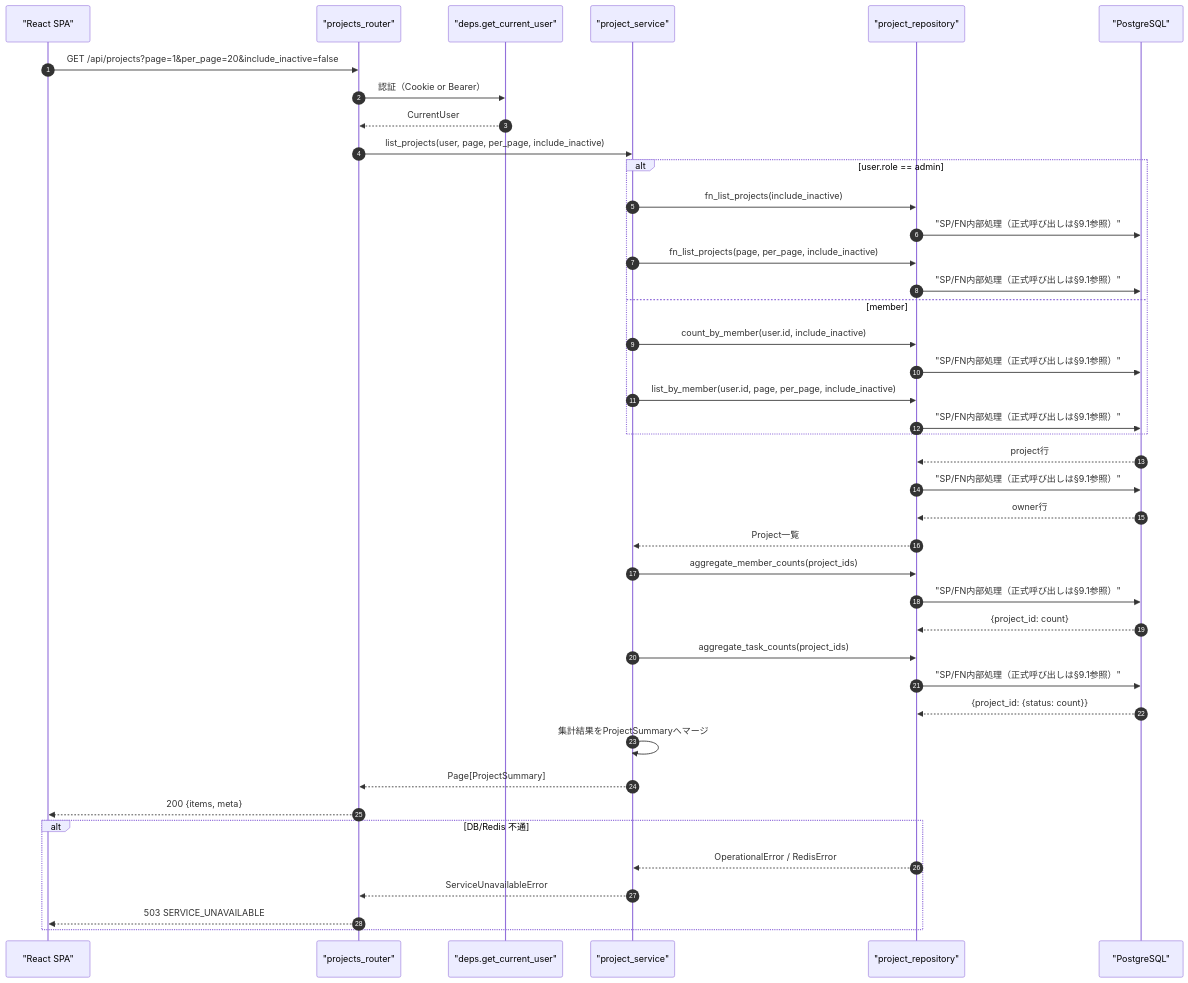
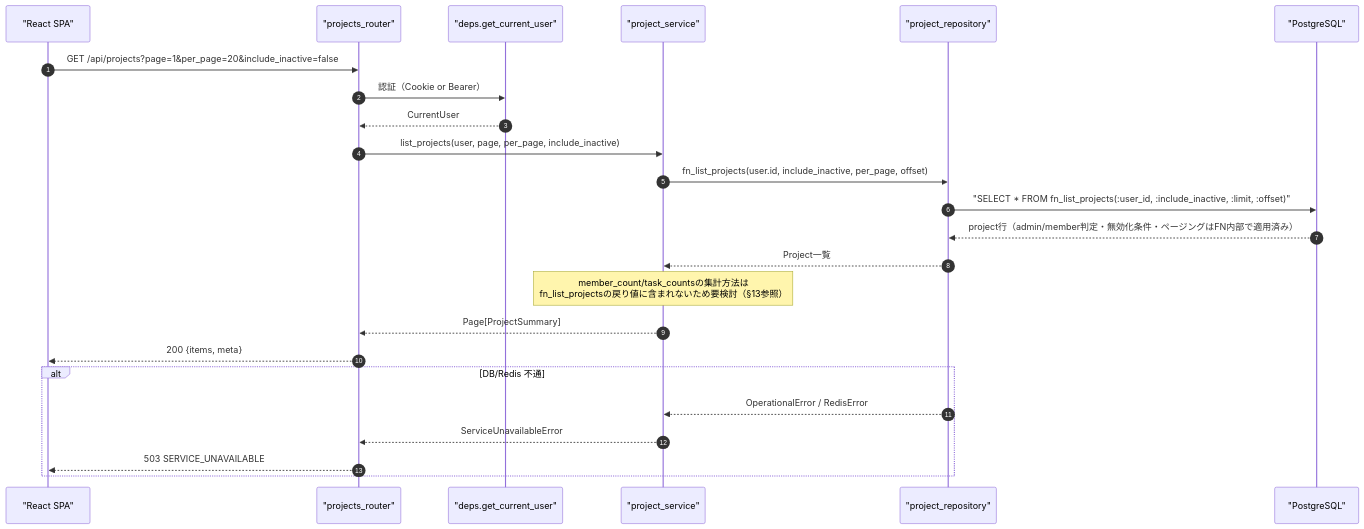
One commit to oikawa-d/task_management changed the first of 4 diagrams in detailed_design/api/projects/01_get_projects.md. Above: the diagram before and after it, drawn with Mermaid. The commit also changed other lines of this file and 5 other files, not shown here.

````diff
--- a/detailed_design/api/projects/01_get_projects.md
+++ b/detailed_design/api/projects/01_get_projects.md
@@ -109,44 +109,27 @@
 ```mermaid
 sequenceDiagram
     autonumber
     participant FE as "React SPA"
     participant R as "projects_router"
     participant D as "deps.get_current_user"
     participant S as "project_service"
     participant RP as "project_repository"
     participant PG as "PostgreSQL"
 
     FE->>R: GET /api/projects?page=1&per_page=20&include_inactive=false
     R->>D: 認証（Cookie or Bearer）
     D-->>R: CurrentUser
     R->>S: list_projects(user, page, per_page, include_inactive)
-    alt user.role == admin
-        S->>RP: fn_list_projects(include_inactive)
-        RP->>PG: "SP/FN内部処理（正式呼び出しは§9.1参照）"
-        S->>RP: fn_list_projects(page, per_page, include_inactive)
-        RP->>PG: "SP/FN内部処理（正式呼び出しは§9.1参照）"
-    else member
-        S->>RP: count_by_member(user.id, include_inactive)
-        RP->>PG: "SP/FN内部処理（正式呼び出しは§9.1参照）"
-        S->>RP: list_by_member(user.id, page, per_page, include_inactive)
-        RP->>PG: "SP/FN内部処理（正式呼び出しは§9.1参照）"
-    end
-    PG-->>RP: project行
-    RP->>PG: "SP/FN内部処理（正式呼び出しは§9.1参照）"
-    PG-->>RP: owner行
+    S->>RP: fn_list_projects(user.id, include_inactive, per_page, offset)
+    RP->>PG: "SELECT * FROM fn_list_projects(:user_id, :include_inactive, :limit, :offset)"
+    PG-->>RP: project行（admin/member判定・無効化条件・ページングはFN内部で適用済み）
     RP-->>S: Project一覧
-    S->>RP: aggregate_member_counts(project_ids)
-    RP->>PG: "SP/FN内部処理（正式呼び出しは§9.1参照）"
-    PG-->>RP: {project_id: count}
-    S->>RP: aggregate_task_counts(project_ids)
-    RP->>PG: "SP/FN内部処理（正式呼び出しは§9.1参照）"
-    PG-->>RP: {project_id: {status: count}}
-    S->>S: 集計結果をProjectSummaryへマージ
+    Note over S: member_count/task_countsの集計方法は<br/>fn_list_projectsの戻り値に含まれないため要検討（§13参照）
     S-->>R: Page[ProjectSummary]
     R-->>FE: 200 {items, meta}
     alt DB/Redis 不通
         RP-->>S: OperationalError / RedisError
         S-->>R: ServiceUnavailableError
         R-->>FE: 503 SERVICE_UNAVAILABLE
     end
 ```
````
